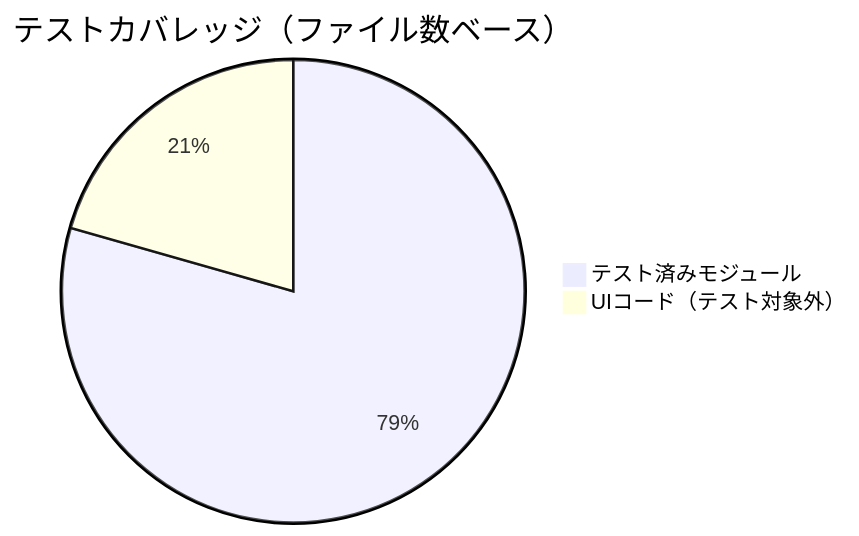
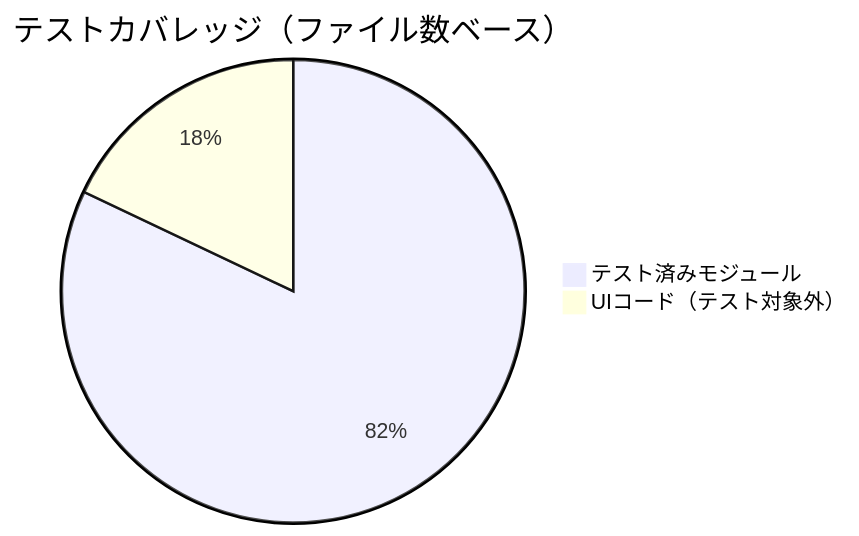
Diagram 21 of 27 in test.md (tanaton/mendo), drawn with Mermaid before and after one commit. The commit also changed other lines of this file, not shown here.

````diff
--- a/test.md
+++ b/test.md
@@ -1463,5 +1674,5 @@
 ```mermaid
 pie title テストカバレッジ（ファイル数ベース）
-    "テスト済みモジュール" : 27
+    "テスト済みモジュール" : 32
     "UIコード（テスト対象外）" : 7
 ```
````
